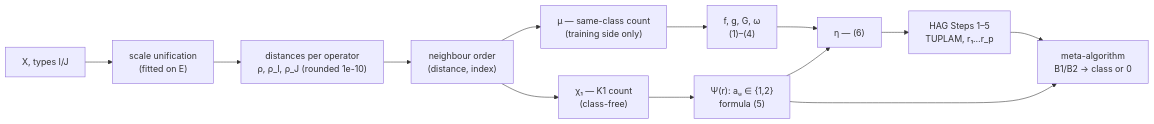
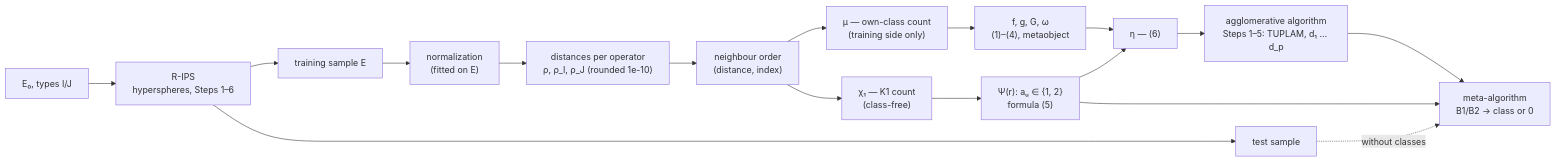
Before and after one commit to ktuhtabayev/context-synthetic-recognition: the second of 4 diagrams in docs/architecture.md, drawn with Mermaid. The commit also changed other lines of this file and 29 other files, not shown here.

````diff
--- a/docs/architecture.md
+++ b/docs/architecture.md
@@ -47,15 +59,19 @@
 ```mermaid
 flowchart LR
-    X["X, types I/J"] --> N["scale unification<br/>(fitted on E)"]
+    E0["E₀, types I/J"] --> RIPS["R-IPS<br/>hyperspheres, Steps 1–6"]
+    RIPS --> E["training sample E"]
+    RIPS --> T["test sample"]
+    E --> N["normalization<br/>(fitted on E)"]
     N --> D["distances per operator<br/>ρ, ρ_I, ρ_J (rounded 1e-10)"]
     D --> O["neighbour order<br/>(distance, index)"]
-    O --> MU["μ — same-class count<br/>(training side only)"]
+    O --> MU["μ — own-class count<br/>(training side only)"]
     O --> CHI["χ₁ — K1 count<br/>(class-free)"]
-    CHI --> A["Ψ(r): aᵤ ∈ {1,2}<br/>formula (5)"]
-    MU --> F["f, g, G, ω<br/>(1)–(4)"]
+    CHI --> A["Ψ(r): aᵤ ∈ {1, 2}<br/>formula (5)"]
+    MU --> F["f, g, G, ω<br/>(1)–(4), metaobject"]
     A --> ETA["η — (6)"]
     F --> ETA
-    ETA --> HAG["HAG Steps 1–5<br/>TUPLAM, r₁…r_p"]
-    HAG --> META["meta-algorithm<br/>B1/B2 → class or 0"]
+    ETA --> AGG["agglomerative algorithm<br/>Steps 1–5: TUPLAM, d₁ … d_p"]
+    AGG --> META["meta-algorithm<br/>B1/B2 → class or 0"]
     A --> META
+    T -. "without classes" .-> META
 ```
````
